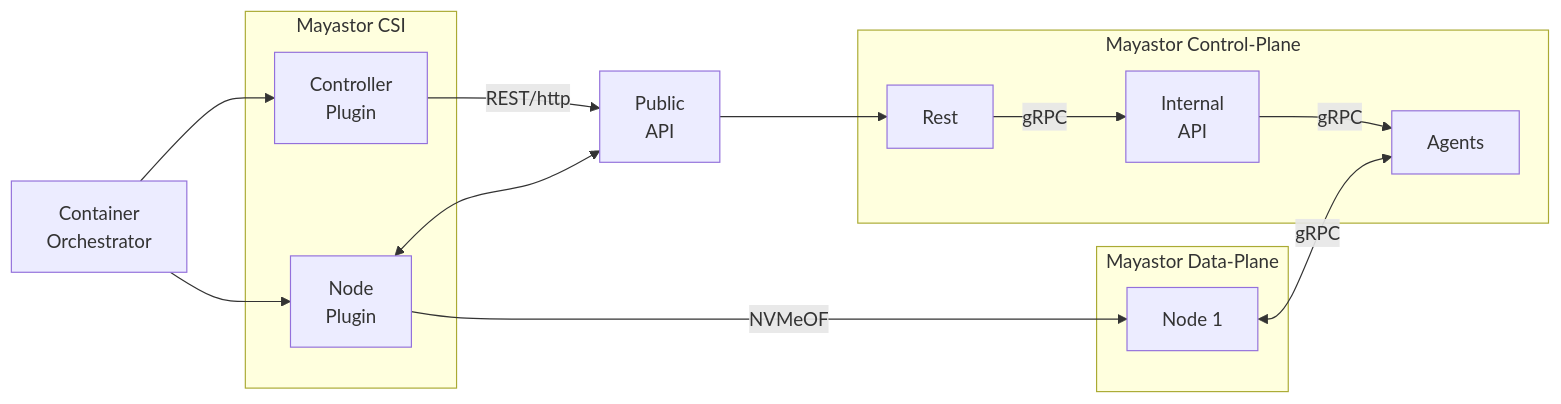
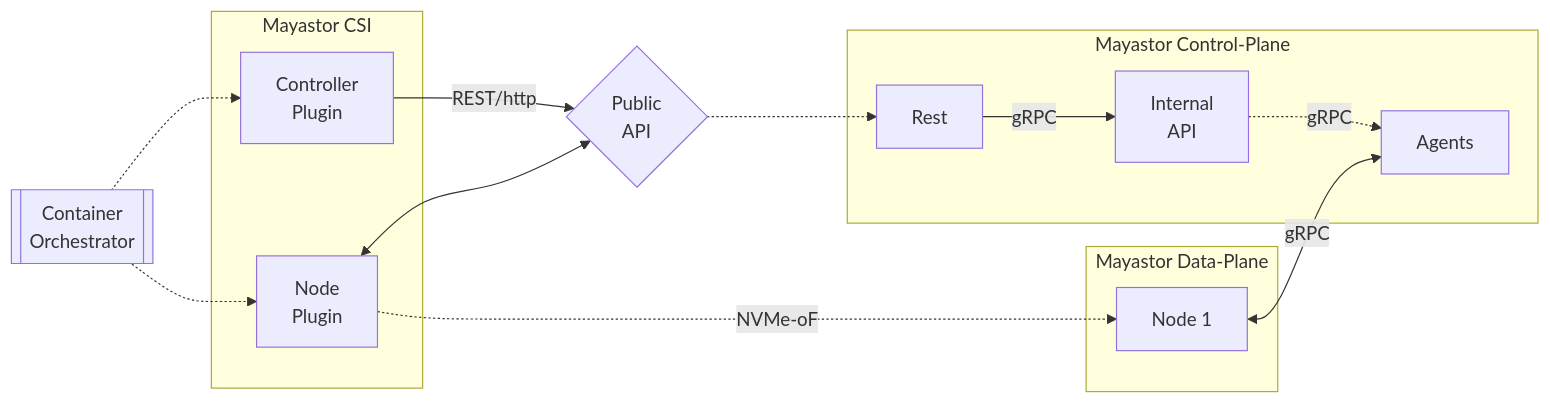
Before and after one commit to openebs/Mayastor: the diagram in doc/csi.md, drawn with Mermaid. The commit also changed other lines of this file and 9 other files, not shown here.

````diff
--- a/doc/csi.md
+++ b/doc/csi.md
@@ -20,36 +20,32 @@
 ```mermaid
-graph LR;
-    PublicApi["Public
-    API"]
-    CO["Container
-    Orchestrator"]
+graph LR
+;
+    PublicApi{"Public<br>API"}
+    CO[["Container<br>Orchestrator"]]
 
     subgraph "Mayastor Control-Plane"
         Rest["Rest"]
-        InternalApi["Internal
-        API"]
+        InternalApi["Internal<br>API"]
         InternalServices["Agents"]
     end
 
     subgraph "Mayastor Data-Plane"
         IO_Node_1["Node 1"]
     end
 
     subgraph "Mayastor CSI"
-        Controller["Controller
-        Plugin"]
-        Node_1["Node
-        Plugin"]
+        Controller["Controller<br>Plugin"]
+        Node_1["Node<br>Plugin"]
     end
 
-    %% Connections
-    CO --> Node_1
-    CO --> Controller
-    Controller --> |REST/http| PublicApi
-    PublicApi --> Rest
-    Rest --> |gRPC| InternalApi
-    InternalApi --> |gRPC| InternalServices
+%% Connections
+    CO -.-> Node_1
+    CO -.-> Controller
+    Controller -->|REST/http| PublicApi
+    PublicApi -.-> Rest
+    Rest -->|gRPC| InternalApi
+    InternalApi -.->|gRPC| InternalServices
     Node_1 <--> PublicApi
-    Node_1 --> |NVMeOF| IO_Node_1
-    IO_Node_1 <--> |gRPC| InternalServices
+    Node_1 -.->|NVMe-oF| IO_Node_1
+    IO_Node_1 <-->|gRPC| InternalServices
 ```
````
